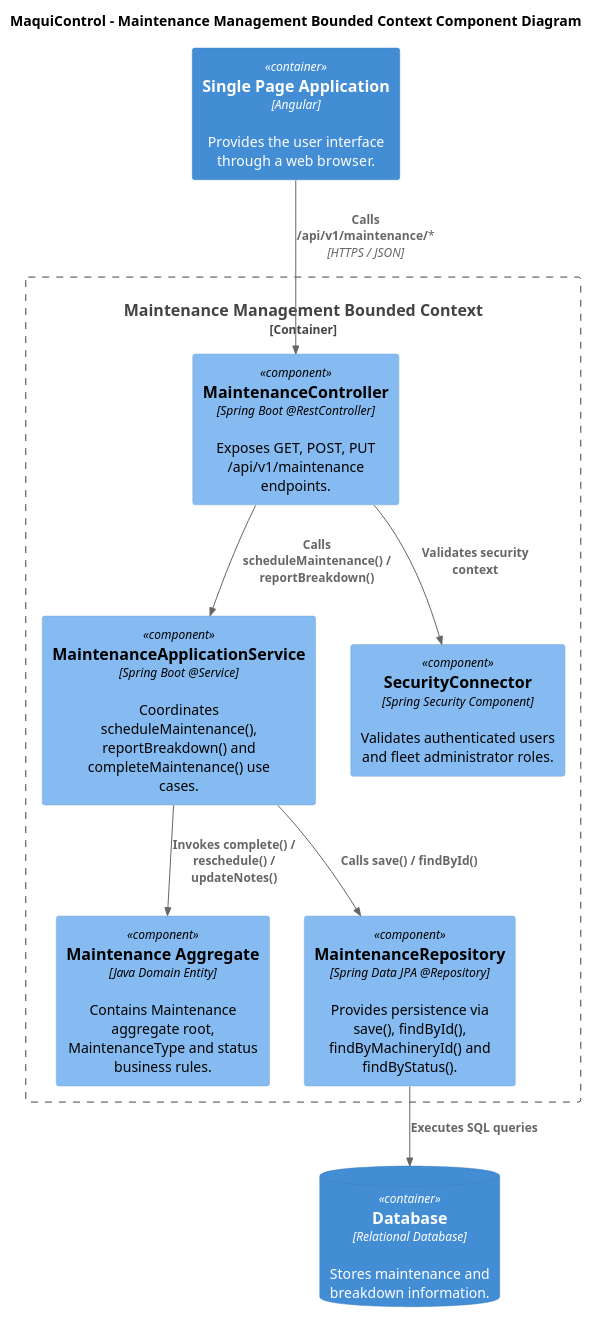
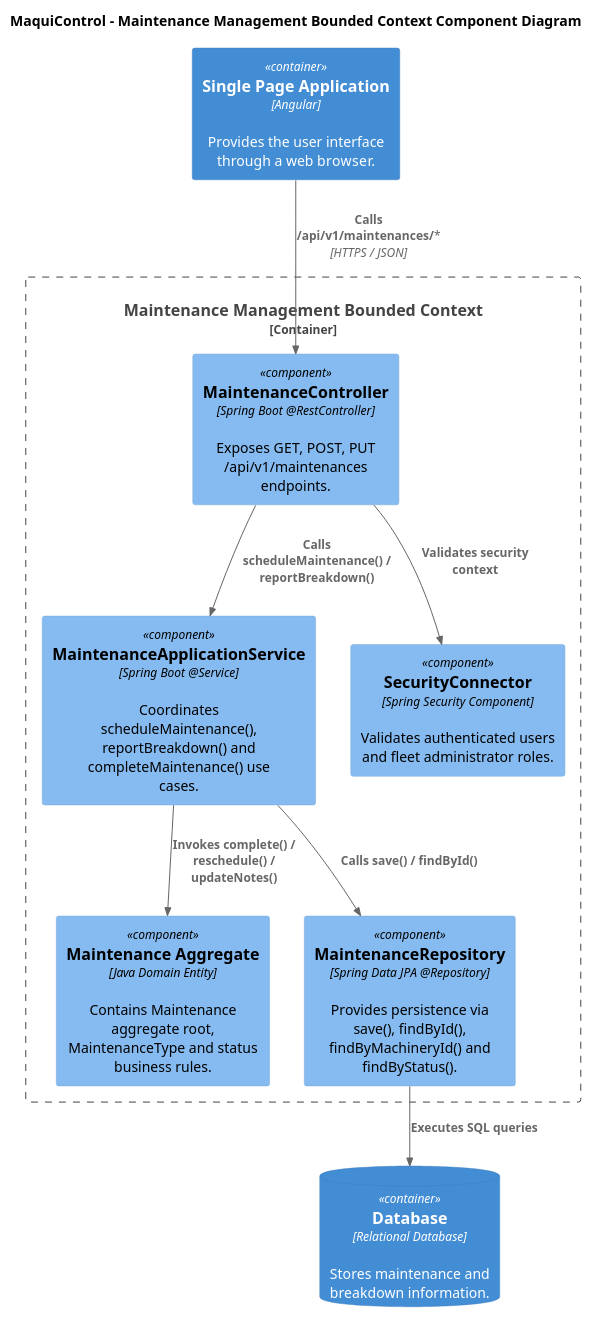
One commit to AndesHeavyTech/MaquiControl changed the diagram in docs/architecture/components/maintenance-management-components.puml. Above: the diagram before and after it, drawn with PlantUML. The commit also changed 36 other files, not shown here.

Commit message:
docs(report): add sprint 2, update deployment configuration and align diagrams with code

```diff
--- a/docs/architecture/components/maintenance-management-components.puml
+++ b/docs/architecture/components/maintenance-management-components.puml
@@ -1,30 +1,30 @@
 @startuml
 !include <C4/C4_Component>
 
 title MaquiControl - Maintenance Management Bounded Context Component Diagram
 
 Container(webapp, "Single Page Application", "Angular", "Provides the user interface through a web browser.")
 
 Container_Boundary(maintenance, "Maintenance Management Bounded Context") {
 
-    Component(interfaces, "MaintenanceController", "Spring Boot @RestController", "Exposes GET, POST, PUT /api/v1/maintenance endpoints.")
+    Component(interfaces, "MaintenanceController", "Spring Boot @RestController", "Exposes GET, POST, PUT /api/v1/maintenances endpoints.")
 
     Component(application, "MaintenanceApplicationService", "Spring Boot @Service", "Coordinates scheduleMaintenance(), reportBreakdown() and completeMaintenance() use cases.")
 
     Component(domain, "Maintenance Aggregate", "Java Domain Entity", "Contains Maintenance aggregate root, MaintenanceType and status business rules.")
 
     Component(infrastructure, "MaintenanceRepository", "Spring Data JPA @Repository", "Provides persistence via save(), findById(), findByMachineryId() and findByStatus().")
 
     Component(security, "SecurityConnector", "Spring Security Component", "Validates authenticated users and fleet administrator roles.")
 }
 
 ContainerDb(database, "Database", "Relational Database", "Stores maintenance and breakdown information.")
 
-Rel(webapp, interfaces, "Calls /api/v1/maintenance/*", "HTTPS / JSON")
+Rel(webapp, interfaces, "Calls /api/v1/maintenances/*", "HTTPS / JSON")
 Rel(interfaces, application, "Calls scheduleMaintenance() / reportBreakdown()")
 Rel(application, domain, "Invokes complete() / reschedule() / updateNotes()")
 Rel(application, infrastructure, "Calls save() / findById()")
 Rel(infrastructure, database, "Executes SQL queries")
 Rel(interfaces, security, "Validates security context")
 
 @enduml
```
